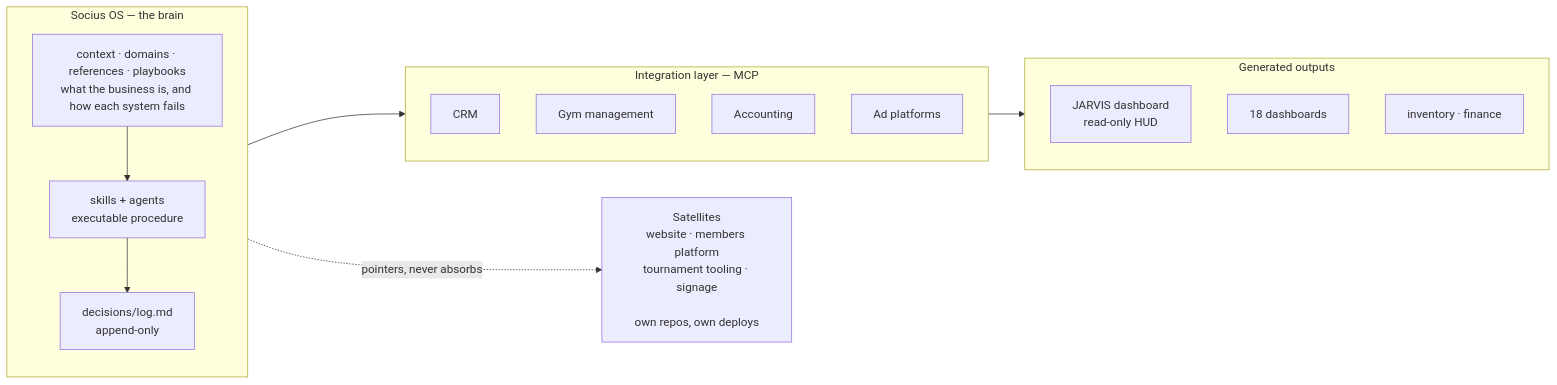
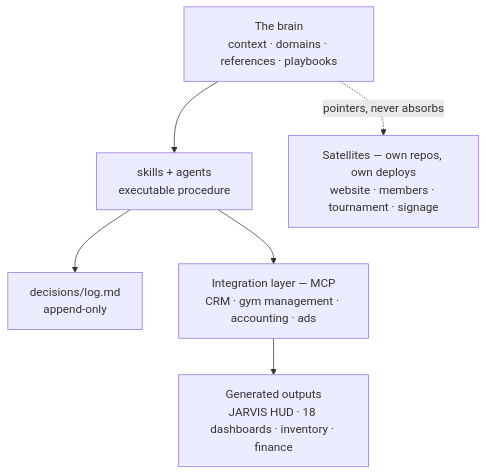
Before and after one commit to SociusSolutions/ai-portfolio: the first of 2 diagrams in _projects/socius-os.md, drawn with Mermaid. The commit also changed 1 other file, not shown here.

Commit message:
Compact the Socius OS diagram to six nodes, top-down
LR traded height for 2282px of width. Top-down with grouped labels keeps it
inside the container. The prose carries the detail; the diagram carries the
structure.

```diff
--- a/_projects/socius-os.md
+++ b/_projects/socius-os.md
@@ -52,32 +52,15 @@
 <pre class="mermaid">
-graph LR
-  subgraph HUB["Socius OS — the brain"]
-    direction TB
-    KNOW["context · domains · references · playbooks<br/>what the business is, and how each system fails"]
-    SK["skills + agents<br/>executable procedure"]
-    DEC["decisions/log.md<br/>append-only"]
-    KNOW --> SK
-    SK --> DEC
-  end
+graph TB
+  KNOW["The brain<br/>context · domains · references · playbooks"]
+  SK["skills + agents<br/>executable procedure"]
+  DEC["decisions/log.md<br/>append-only"]
+  INTEG["Integration layer — MCP<br/>CRM · gym management · accounting · ads"]
+  OUT["Generated outputs<br/>JARVIS HUD · 18 dashboards · inventory · finance"]
+  SAT["Satellites — own repos, own deploys<br/>website · members · tournament · signage"]
 
-  subgraph INTEG["Integration layer — MCP"]
-    direction TB
-    CRM["CRM"]
-    GYM["Gym management"]
-    BOOKS["Accounting"]
-    ADS["Ad platforms"]
-  end
-
-  subgraph OUT["Generated outputs"]
-    direction TB
-    JAR["JARVIS dashboard<br/>read-only HUD"]
-    DASH["18 dashboards"]
-    LEDG["inventory · finance"]
-  end
-
-  SAT["Satellites<br/>website · members platform<br/>tournament tooling · signage<br/><br/>own repos, own deploys"]
-
+  KNOW --> SK
   SK --> INTEG
   INTEG --> OUT
-  HUB -. "pointers, never absorbs" .-> SAT
+  SK --> DEC
+  KNOW -. "pointers, never absorbs" .-> SAT
 </pre>
```
